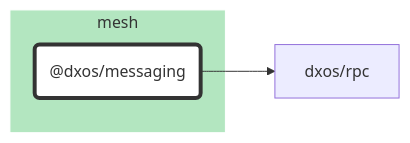
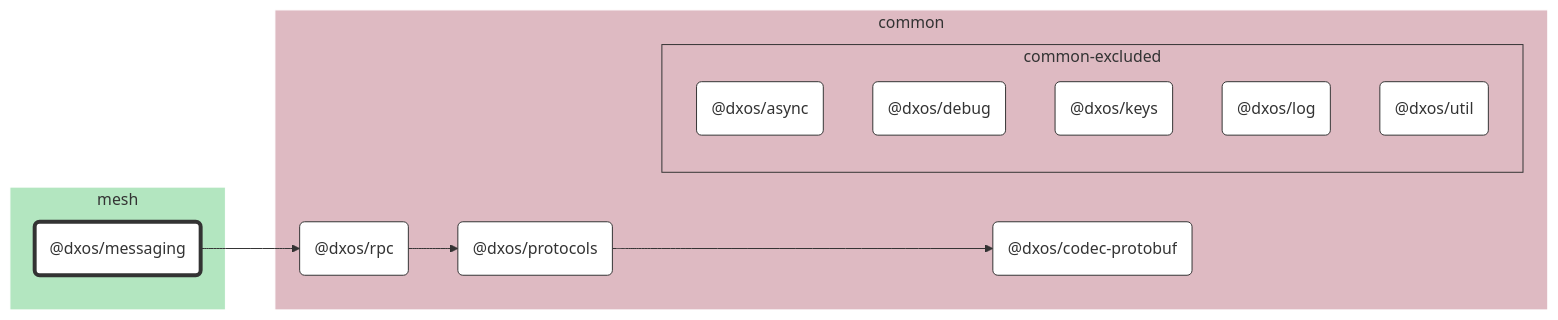
The diagram in packages/mesh/messaging/docs/README.md (dxos/dxos), drawn with Mermaid before and after one commit. The commit also changed 69 other files, not shown here.

````diff
--- a/packages/mesh/messaging/docs/README.md
+++ b/packages/mesh/messaging/docs/README.md
@@ -7,21 +7,47 @@
 ```mermaid
 %%{ init: {'flowchart':{'curve':'basis'}} }%%
 
 flowchart LR
 
 %% Classes
 classDef def fill:#fff,stroke:#333,stroke-width:1px
 classDef root fill:#fff,stroke:#333,stroke-width:4px
 
 %% Nodes
 
 subgraph mesh [mesh]
   style mesh fill:#b3e6c0,stroke:#fff
   dxos/messaging("@dxos/messaging"):::root
   click dxos/messaging "dxos/dxos/tree/main/packages/mesh/messaging/docs"
 end
 
+subgraph common [common]
+  style common fill:#debac2,stroke:#fff
+  dxos/codec-protobuf("@dxos/codec-protobuf"):::def
+  click dxos/codec-protobuf "dxos/dxos/tree/main/packages/common/codec-protobuf/docs"
+  dxos/protocols("@dxos/protocols"):::def
+  click dxos/protocols "dxos/dxos/tree/main/packages/common/protocols/docs"
+  dxos/rpc("@dxos/rpc"):::def
+  click dxos/rpc "dxos/dxos/tree/main/packages/common/rpc/docs"
+
+  subgraph common-excluded [common-excluded]
+    style common-excluded fill:#debac2,stroke:#333,stroke-dashed:5 5
+    dxos/async("@dxos/async"):::def
+    click dxos/async "dxos/dxos/tree/main/packages/common/async/docs"
+    dxos/debug("@dxos/debug"):::def
+    click dxos/debug "dxos/dxos/tree/main/packages/common/debug/docs"
+    dxos/keys("@dxos/keys"):::def
+    click dxos/keys "dxos/dxos/tree/main/packages/common/keys/docs"
+    dxos/log("@dxos/log"):::def
+    click dxos/log "dxos/dxos/tree/main/packages/common/log/docs"
+    dxos/util("@dxos/util"):::def
+    click dxos/util "dxos/dxos/tree/main/packages/common/util/docs"
+  end
+end
+
 %% Links
 linkStyle default stroke:#333,stroke-width:1px
+dxos/protocols --> dxos/codec-protobuf
 dxos/messaging --> dxos/rpc
+dxos/rpc --> dxos/protocols
 ```
````
